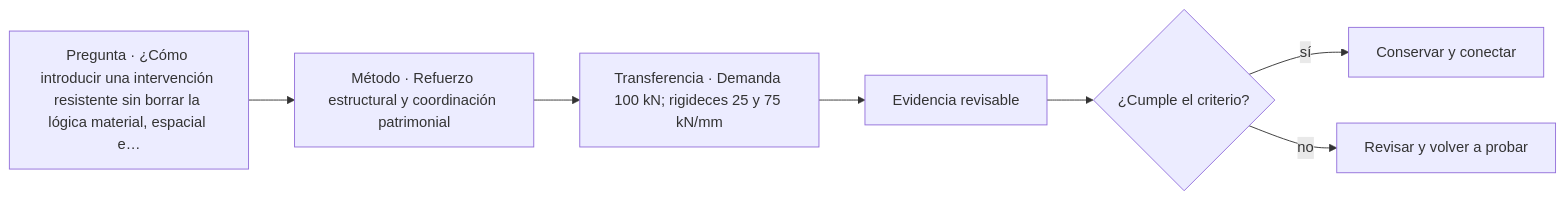
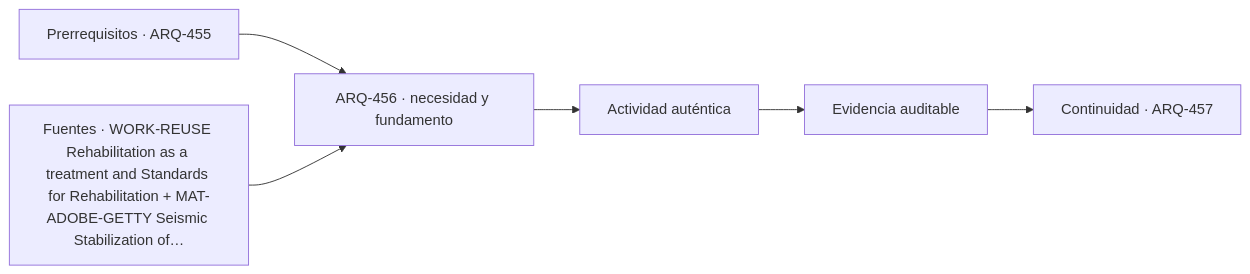
One commit to vladimiracunadev-create/architecture-built-environment-learning-program changed the diagram in classes/parte-46/ARQ-456.md. Above: the diagram before and after it, drawn with Mermaid. The commit also changed other lines of this file and 761 other files, not shown here.

````diff
--- a/classes/parte-46/ARQ-456.md
+++ b/classes/parte-46/ARQ-456.md
@@ -75,9 +87,8 @@
 ```mermaid
 flowchart LR
-    Q["Pregunta · ¿Cómo introducir una intervención resistente sin borrar la lógica material, espacial e…"] --> M["Método · Refuerzo estructural y coordinación patrimonial"]
-    M --> P["Transferencia · Demanda 100 kN; rigideces 25 y 75 kN/mm"]
-    P --> E["Evidencia revisable"]
-    E --> C{"¿Cumple el criterio?"}
-    C -->|sí| T["Conservar y conectar"]
-    C -->|no| R["Revisar y volver a probar"]
+    A["Prerrequisitos · ARQ-455"] --> B["ARQ-456 · necesidad y fundamento"]
+    S["Fuentes · WORK-REUSE Rehabilitation as a treatment and Standards for Rehabilitation + MAT-ADOBE-GETTY Seismic Stabilization of…"] --> B
+    B --> C["Actividad auténtica"]
+    C --> D["Evidencia auditable"]
+    D --> E["Continuidad · ARQ-457"]
 ```
````
